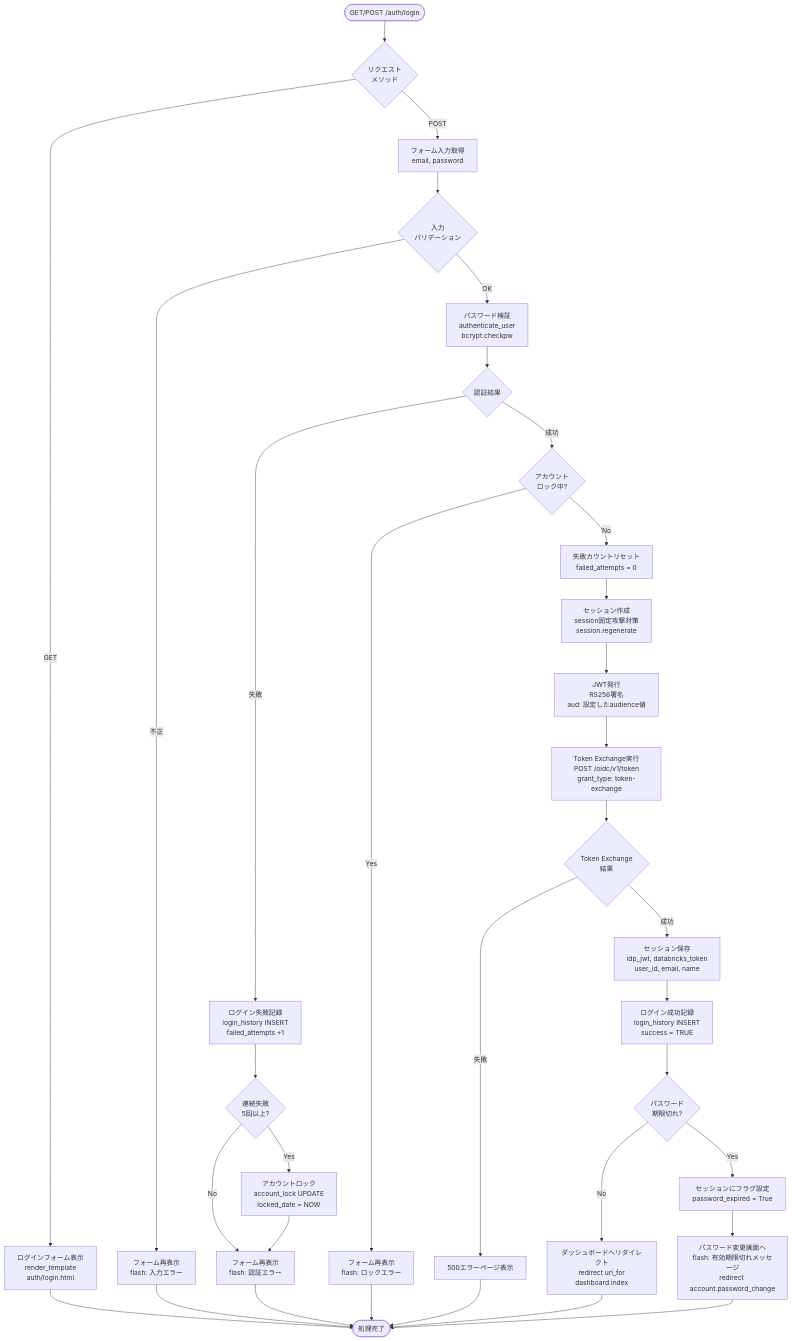
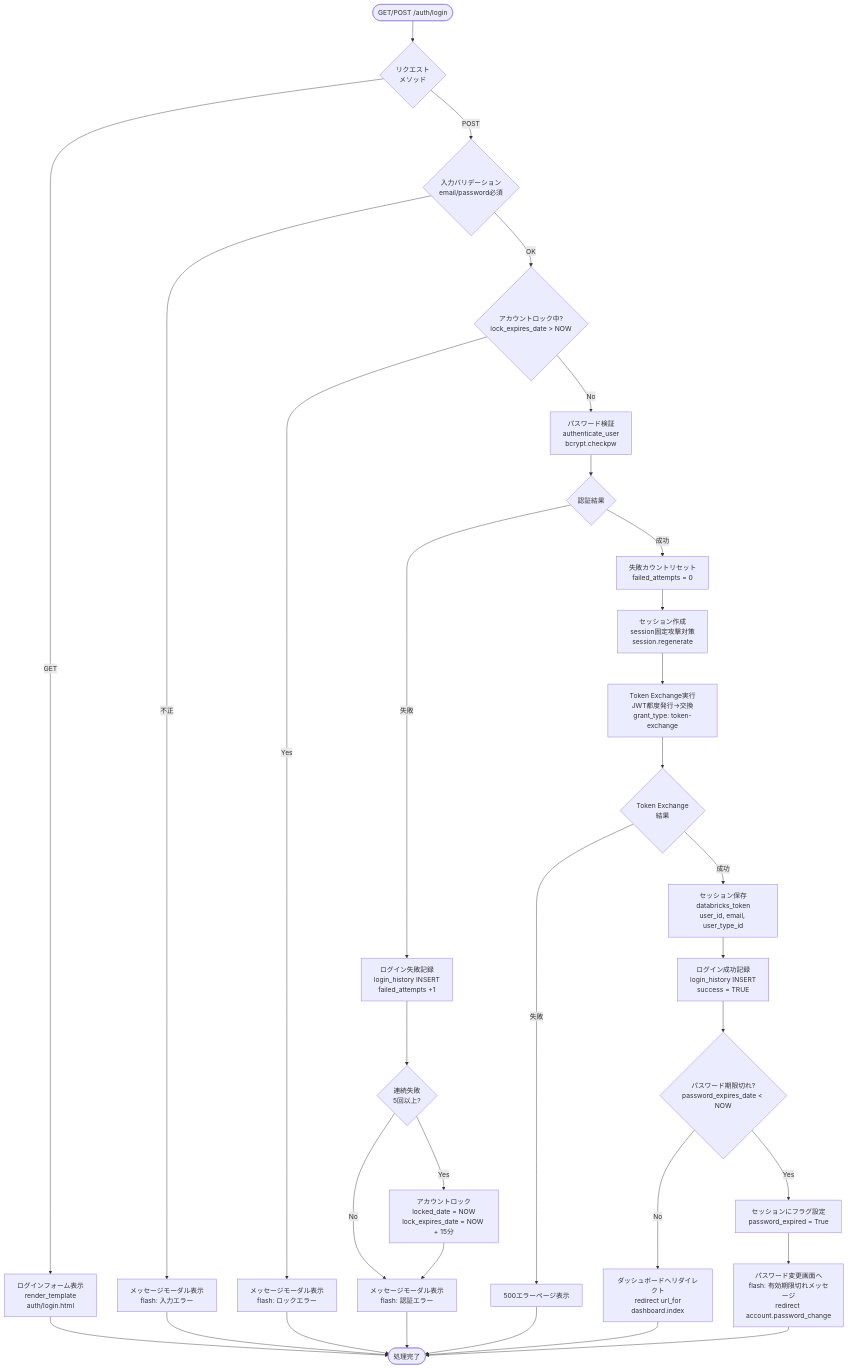
One commit to NSW-SVCP-AIWG002/Databricks-IoT changed the second of 4 diagrams in docs/03-features/common/authentication-specification.md. Above: the diagram before and after it, drawn with Mermaid. The commit also changed other lines of this file and 1 other file, not shown here.

````diff
--- a/docs/03-features/common/authentication-specification.md
+++ b/docs/03-features/common/authentication-specification.md
@@ -1465,52 +1554,50 @@
 ```mermaid
 flowchart TD
     Start([GET/POST /auth/login]) --> CheckMethod{リクエスト<br>メソッド}
 
     CheckMethod -->|GET| ShowForm[ログインフォーム表示<br>render_template<br>auth/login.html]
     ShowForm --> End1([処理完了])
 
-    CheckMethod -->|POST| GetInput[フォーム入力取得<br>email, password]
-    GetInput --> ValidateInput{入力<br>バリデーション}
+    CheckMethod -->|POST| ValidateInput{入力バリデーション<br>email/password必須}
 
-    ValidateInput -->|不正| ShowFormErr[フォーム再表示<br>flash: 入力エラー]
+    ValidateInput -->|不正| ShowFormErr[メッセージモーダル表示<br>flash: 入力エラー]
     ShowFormErr --> End1
 
-    ValidateInput -->|OK| AuthUser[パスワード検証<br>authenticate_user<br>bcrypt.checkpw]
+    ValidateInput -->|OK| CheckLocked{アカウントロック中?<br>lock_expires_date > NOW}
+
+    CheckLocked -->|Yes| ShowLockErr[メッセージモーダル表示<br>flash: ロックエラー]
+    ShowLockErr --> End1
+
+    CheckLocked -->|No| AuthUser[パスワード検証<br>authenticate_user<br>bcrypt.checkpw]
     AuthUser --> CheckAuth{認証結果}
 
     CheckAuth -->|失敗| RecordFail[ログイン失敗記録<br>login_history INSERT<br>failed_attempts +1]
     RecordFail --> CheckLock{連続失敗<br>5回以上?}
 
-    CheckLock -->|Yes| LockAccount[アカウントロック<br>account_lock UPDATE<br>locked_date = NOW]
-    CheckLock -->|No| ShowAuthErr[フォーム再表示<br>flash: 認証エラー]
+    CheckLock -->|Yes| LockAccount[アカウントロック<br>locked_date = NOW<br>lock_expires_date = NOW + 15分]
+    CheckLock -->|No| ShowAuthErr[メッセージモーダル表示<br>flash: 認証エラー]
     LockAccount --> ShowAuthErr
     ShowAuthErr --> End1
 
-    CheckAuth -->|成功| CheckLocked{アカウント<br>ロック中?}
-
-    CheckLocked -->|Yes| ShowLockErr[フォーム再表示<br>flash: ロックエラー]
-    ShowLockErr --> End1
-
-    CheckLocked -->|No| ResetFail[失敗カウントリセット<br>failed_attempts = 0]
+    CheckAuth -->|成功| ResetFail[失敗カウントリセット<br>failed_attempts = 0]
     ResetFail --> CreateSession[セッション作成<br>session固定攻撃対策<br>session.regenerate]
 
-    CreateSession --> IssueJWT[JWT発行<br>RS256署名<br>aud: 設定したaudience値]
-    IssueJWT --> TokenExchange[Token Exchange実行<br>POST /oidc/v1/token<br>grant_type: token-exchange]
+    CreateSession --> TokenExchange[Token Exchange実行<br>JWT都度発行→交換<br>grant_type: token-exchange]
 
     TokenExchange --> CheckExchange{Token Exchange<br>結果}
 
     CheckExchange -->|失敗| Error500[500エラーページ表示]
     Error500 --> End1
 
-    CheckExchange -->|成功| SaveSession[セッション保存<br>idp_jwt, databricks_token<br>user_id, email, name]
+    CheckExchange -->|成功| SaveSession[セッション保存<br>databricks_token<br>user_id, email, user_type_id]
     SaveSession --> RecordSuccess[ログイン成功記録<br>login_history INSERT<br>success = TRUE]
 
-    RecordSuccess --> CheckPwExpiry{パスワード<br>期限切れ?}
+    RecordSuccess --> CheckPwExpiry{パスワード期限切れ?<br>password_expires_date < NOW}
 
     CheckPwExpiry -->|No| Redirect[ダッシュボードへリダイレクト<br>redirect url_for<br>dashboard.index]
     Redirect --> End1
 
     CheckPwExpiry -->|Yes| SetPwExpiredFlag[セッションにフラグ設定<br>password_expired = True]
     SetPwExpiredFlag --> RedirectPwChange[パスワード変更画面へ<br>flash: 有効期限切れメッセージ<br>redirect account.password_change]
     RedirectPwChange --> End1
 ```
````
